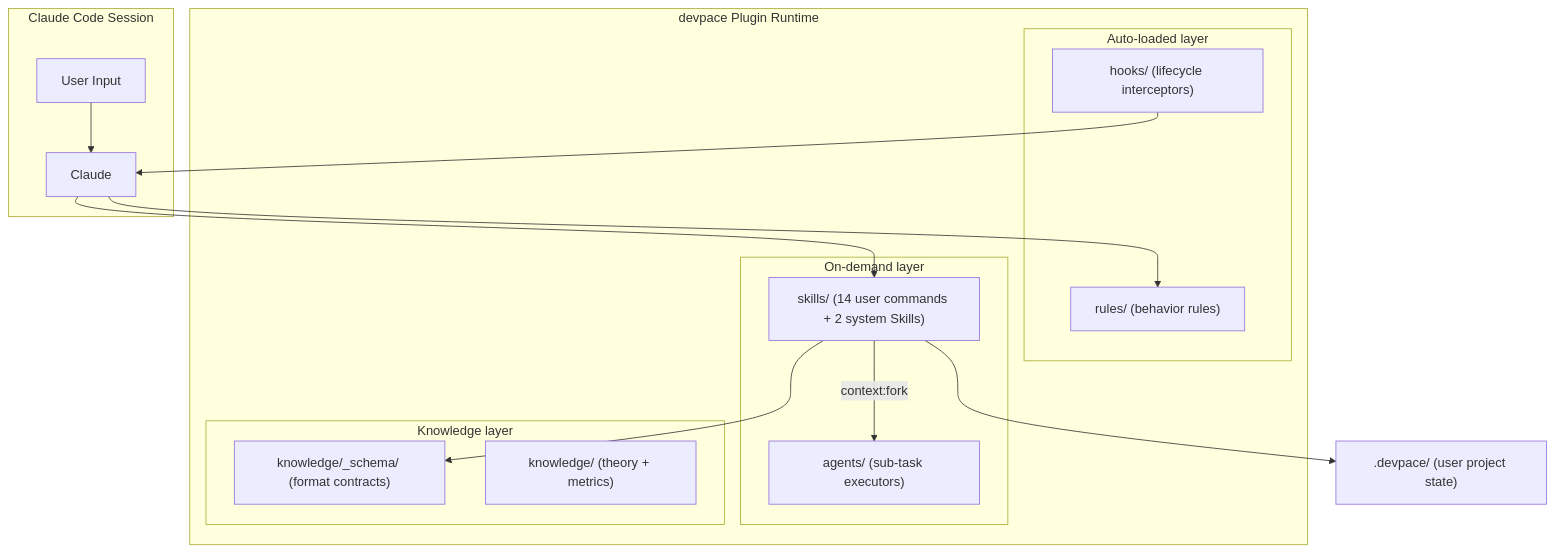
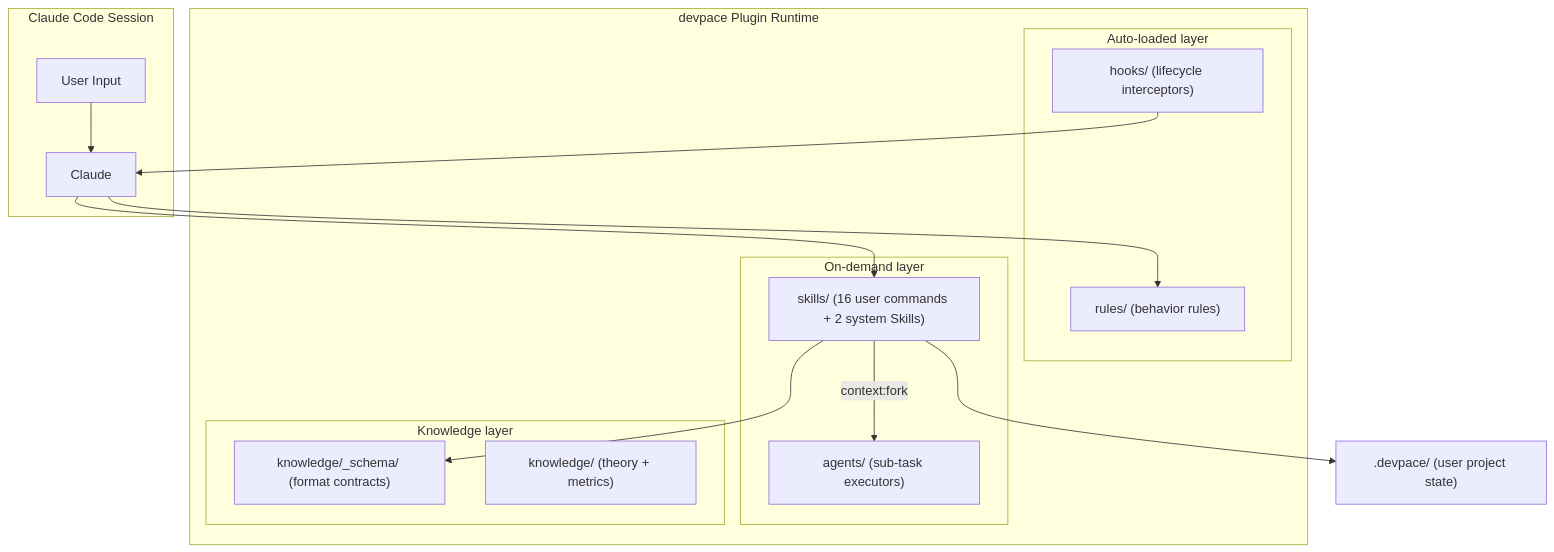
The second of 2 diagrams in CONTRIBUTING.md (arch-team/devpace), drawn with Mermaid before and after one commit. The commit also changed 11 other files, not shown here.

````diff
--- a/CONTRIBUTING.md
+++ b/CONTRIBUTING.md
@@ -96,26 +96,26 @@
 ```mermaid
 graph TB
     subgraph "Claude Code Session"
         User["User Input"] --> Claude["Claude"]
     end
     subgraph "devpace Plugin Runtime"
         subgraph "Auto-loaded layer"
             Rules["rules/ (behavior rules)"]
             Hooks["hooks/ (lifecycle interceptors)"]
         end
         subgraph "On-demand layer"
-            Skills["skills/ (14 user commands + 2 system Skills)"]
+            Skills["skills/ (16 user commands + 2 system Skills)"]
             Agents["agents/ (sub-task executors)"]
         end
         subgraph "Knowledge layer"
             Schema["knowledge/_schema/ (format contracts)"]
             Knowledge["knowledge/ (theory + metrics)"]
         end
     end
     Claude --> Rules
     Hooks --> Claude
     Claude --> Skills
     Skills -->|"context:fork"| Agents
     Skills --> Schema
     Skills --> DevpaceDir[".devpace/ (user project state)"]
 ```
````
